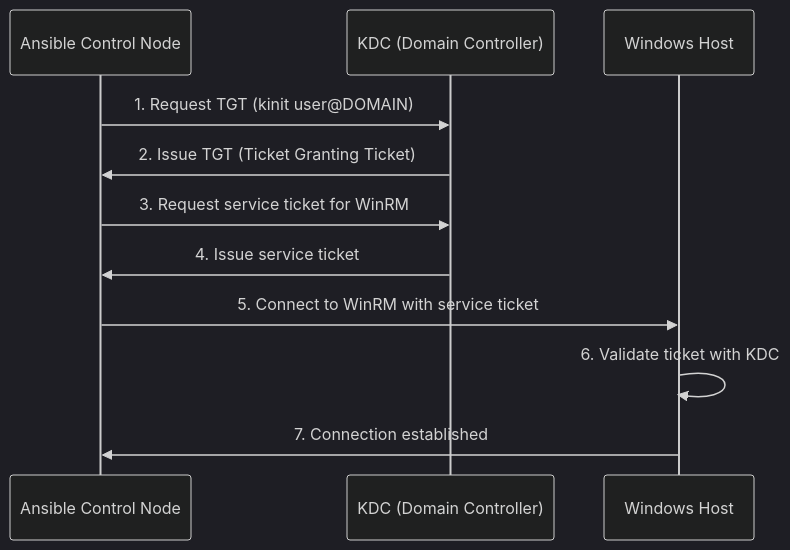
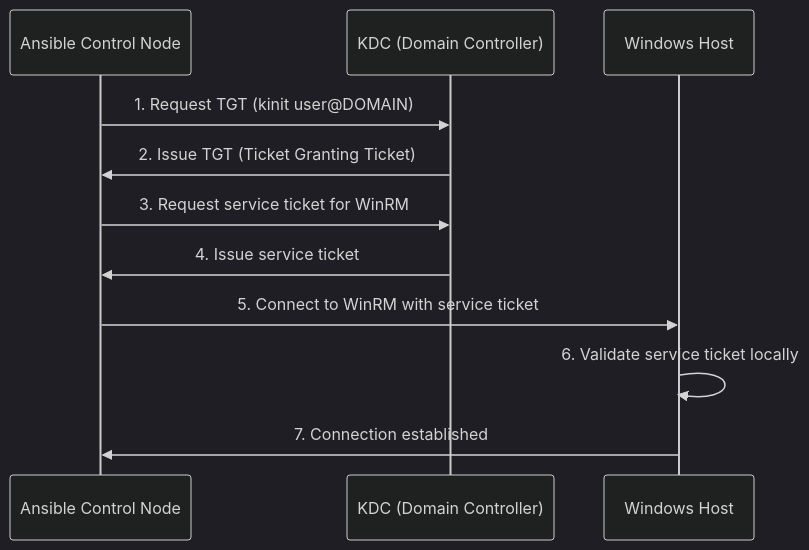
The diagram in posts/2026-02-21-how-to-configure-ansible-with-kerberos-for-windows/README.md (OneUptime/blog), drawn with Mermaid (dark theme) before and after one commit. The commit also changed other lines of this file and 2 other files, not shown here.

Commit message:
validate: 2026-02-21-how-to-configure-ansible-with-kerberos-for-windows

````diff
--- a/posts/2026-02-21-how-to-configure-ansible-with-kerberos-for-windows/README.md
+++ b/posts/2026-02-21-how-to-configure-ansible-with-kerberos-for-windows/README.md
@@ -17,14 +17,14 @@
 ```mermaid
 sequenceDiagram
     participant A as Ansible Control Node
     participant K as KDC (Domain Controller)
     participant W as Windows Host
 
     A->>K: 1. Request TGT (kinit user@DOMAIN)
     K->>A: 2. Issue TGT (Ticket Granting Ticket)
     A->>K: 3. Request service ticket for WinRM
     K->>A: 4. Issue service ticket
     A->>W: 5. Connect to WinRM with service ticket
-    W->>W: 6. Validate ticket with KDC
+    W->>W: 6. Validate service ticket locally
     W->>A: 7. Connection established
 ```
````
